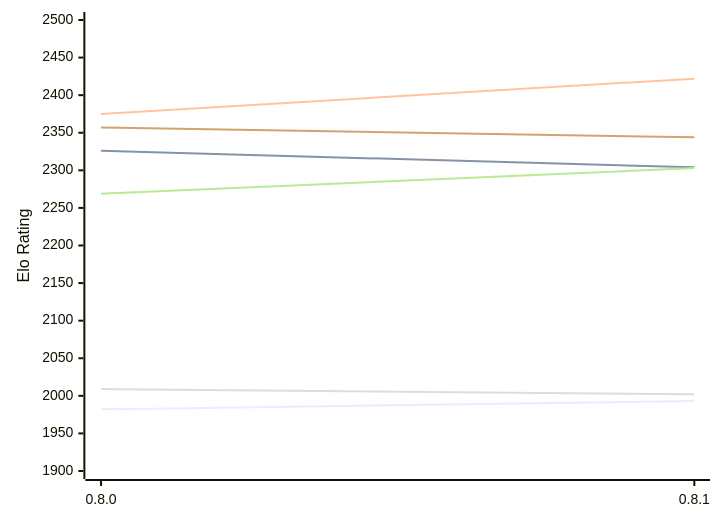
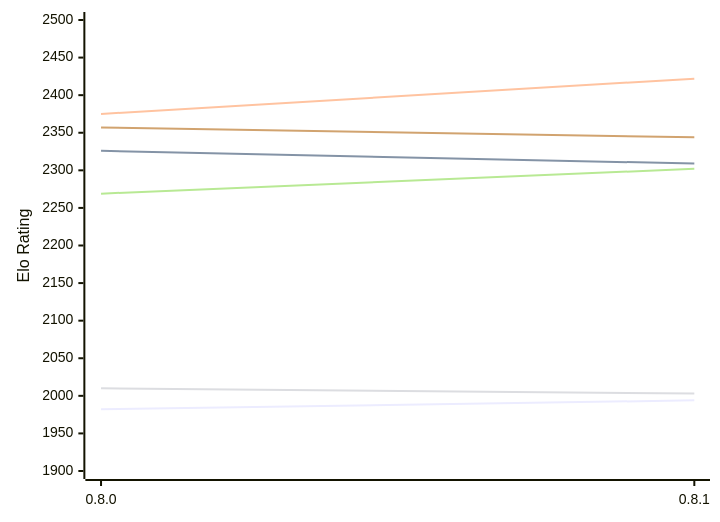
Before and after one commit to computer-chess-index/cci: the diagram in engines/LittleWing.md, drawn with Mermaid. The commit also changed other lines of this file, not shown here.

````diff
--- a/engines/LittleWing.md
+++ b/engines/LittleWing.md
@@ -49,12 +49,12 @@
 ```mermaid
 %%{init: {"theme":"base","themeVariables":{"seriesColors:['#a3a3a3','#222221','#faa371']}}}%%
 xychart-beta
   x-axis ["0.8.0", "0.8.1"]
   y-axis "Elo Rating" 1900 --> 2500
-  line "E1: STC (8.0+0.08s)" [1982, 1993]
-  line "E1: LTC (60.0+0.60s)" [2326, 2304]
+  line "E1: STC (8.0+0.08s)" [1982, 1994]
+  line "E1: LTC (60.0+0.60s)" [2326, 2309]
   line "E1: VLTC (2m24s+1.12s)" [2375, 2422]
-  line "P1: STC (8.0+0.08s)" [2009, 2002]
-  line "P1: LTC (60.0+0.60s)" [2269, 2303]
+  line "P1: STC (8.0+0.08s)" [2010, 2003]
+  line "P1: LTC (60.0+0.60s)" [2269, 2302]
   line "P1: VLTC (2m24s+1.12s)" [2357, 2344]
 ```
````
